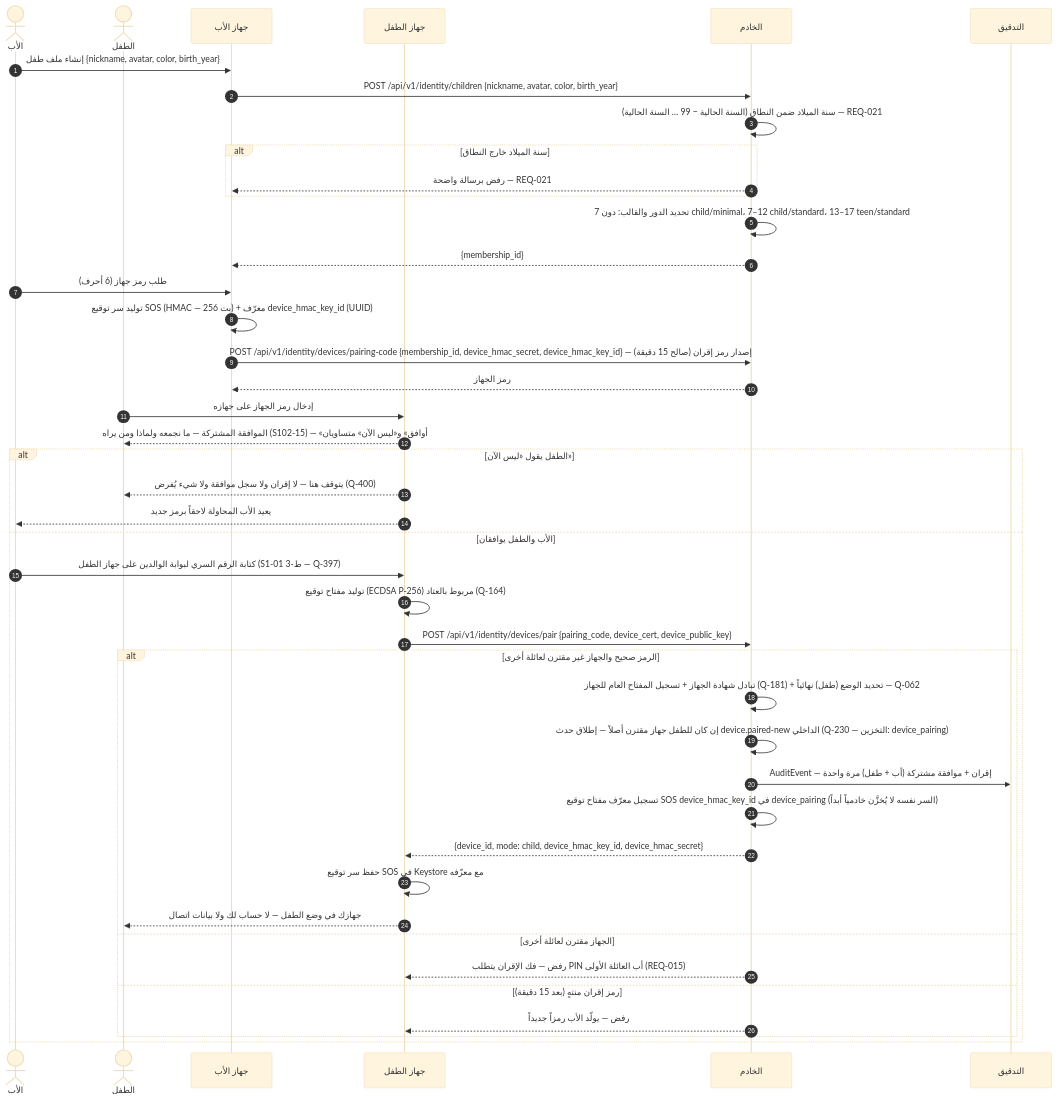
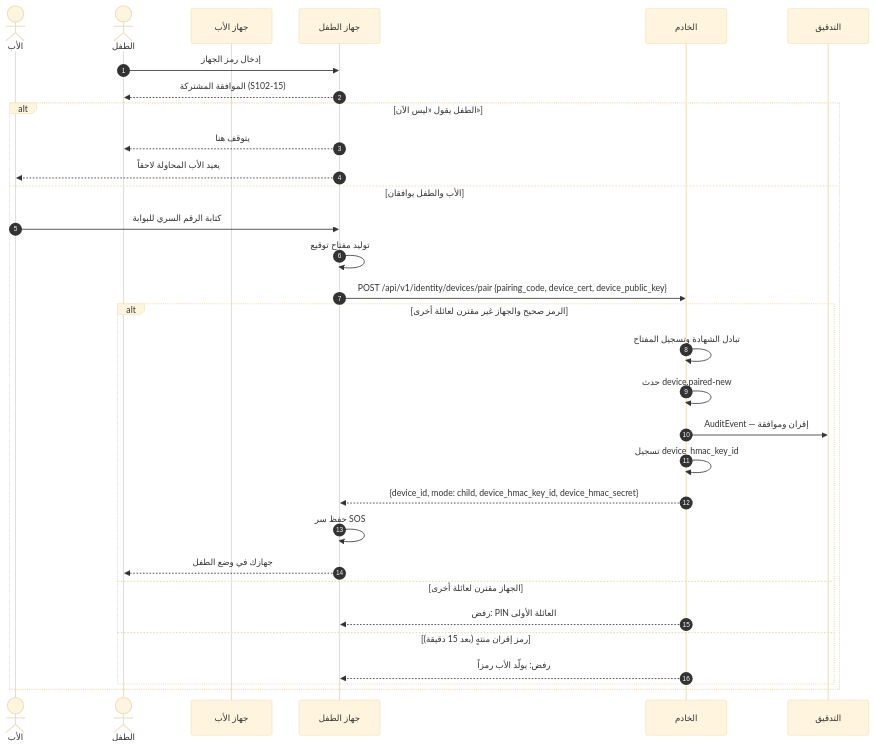
One commit to Bassam-mohammed-alqaeadi/family-os-v2 changed the tenth of 36 diagrams in docs/family-os/governance/phases/phase-1/S1-02-identity-and-onboarding/DIAGRAMS.md. Above: the diagram before and after it, drawn with Mermaid (base theme). The commit also changed other lines of this file, not shown here.

First line of the commit message:
Q-434 S1-02: content (REQ-029/030, Q-425/426/427) + shape (15→36 blocks)

````diff
--- a/docs/family-os/governance/phases/phase-1/S1-02-identity-and-onboarding/DIAGRAMS.md
+++ b/docs/family-os/governance/phases/phase-1/S1-02-identity-and-onboarding/DIAGRAMS.md
@@ -374,45 +468,33 @@
 ```mermaid
 sequenceDiagram
     autonumber
     actor Father as الأب
     actor Child as الطفل
     participant ParentApp as جهاز الأب
     participant ChildApp as جهاز الطفل
     participant Ktor as الخادم
     participant Audit as التدقيق
-    Father->>ParentApp: إنشاء ملف طفل {nickname, avatar, color, birth_year}
-    ParentApp->>Ktor: POST /api/v1/identity/children {nickname, avatar, color, birth_year}
-    Ktor->>Ktor: سنة الميلاد ضمن النطاق (السنة الحالية − 99 … السنة الحالية) — REQ-021
-    alt سنة الميلاد خارج النطاق
-        Ktor-->>ParentApp: رفض برسالة واضحة — REQ-021
-    end
-    Ktor->>Ktor: تحديد الدور والقالب: دون 7 child/minimal، 7–12 child/standard، 13–17 teen/standard
-    Ktor-->>ParentApp: {membership_id}
-    Father->>ParentApp: طلب رمز جهاز (6 أحرف)
-    ParentApp->>ParentApp: توليد سر توقيع SOS (HMAC — 256 بت) + معرّف device_hmac_key_id (UUID)
-    ParentApp->>Ktor: POST /api/v1/identity/devices/pairing-code {membership_id, device_hmac_secret, device_hmac_key_id} — إصدار رمز إقران (صالح 15 دقيقة)
-    Ktor-->>ParentApp: رمز الجهاز
-    Child->>ChildApp: إدخال رمز الجهاز على جهازه
-    ChildApp-->>Child: الموافقة المشتركة — ما نجمعه ولماذا ومن يراه (S102-15) — «أوافق» و«ليس الآن» متساويان
+    Child->>ChildApp: إدخال رمز الجهاز
+    ChildApp-->>Child: الموافقة المشتركة (S102-15)
     alt الطفل يقول «ليس الآن»
-        ChildApp-->>Child: يتوقف هنا — لا إقران ولا سجل موافقة ولا شيء يُفرض (Q-400)
-        ChildApp-->>Father: يعيد الأب المحاولة لاحقاً برمز جديد
+        ChildApp-->>Child: يتوقف هنا
+        ChildApp-->>Father: يعيد الأب المحاولة لاحقاً
     else الأب والطفل يوافقان
-        Father->>ChildApp: كتابة الرقم السري لبوابة الوالدين على جهاز الطفل (S1-01 3-ط — Q-397)
-        ChildApp->>ChildApp: توليد مفتاح توقيع (ECDSA P-256) مربوط بالعتاد (Q-164)
+        Father->>ChildApp: كتابة الرقم السري للبوابة
+        ChildApp->>ChildApp: توليد مفتاح توقيع
         ChildApp->>Ktor: POST /api/v1/identity/devices/pair {pairing_code, device_cert, device_public_key}
         alt الرمز صحيح والجهاز غير مقترن لعائلة أخرى
-            Ktor->>Ktor: تبادل شهادة الجهاز + تسجيل المفتاح العام للجهاز (Q-181) + تحديد الوضع (طفل) نهائياً — Q-062
-            Ktor->>Ktor: إن كان للطفل جهاز مقترن أصلاً — إطلاق حدث device.paired-new الداخلي (Q-230 — التخزين: device_pairing)
-            Ktor->>Audit: AuditEvent — إقران + موافقة مشتركة (أب + طفل) مرة واحدة
-            Ktor->>Ktor: تسجيل معرّف مفتاح توقيع SOS device_hmac_key_id في device_pairing (السر نفسه لا يُخزَّن خادمياً أبداً)
+            Ktor->>Ktor: تبادل الشهادة وتسجيل المفتاح
+            Ktor->>Ktor: حدث device.paired-new
+            Ktor->>Audit: AuditEvent — إقران وموافقة
+            Ktor->>Ktor: تسجيل device_hmac_key_id
             Ktor-->>ChildApp: {device_id, mode: child, device_hmac_key_id, device_hmac_secret}
-            ChildApp->>ChildApp: حفظ سر توقيع SOS في Keystore مع معرّفه
-            ChildApp-->>Child: جهازك في وضع الطفل — لا حساب لك ولا بيانات اتصال
+            ChildApp->>ChildApp: حفظ سر SOS
+            ChildApp-->>Child: جهازك في وضع الطفل
         else الجهاز مقترن لعائلة أخرى
-            Ktor-->>ChildApp: رفض — فك الإقران يتطلب PIN أب العائلة الأولى (REQ-015)
+            Ktor-->>ChildApp: رفض: PIN العائلة الأولى
         else رمز إقران منتهٍ (بعد 15 دقيقة)
-            Ktor-->>ChildApp: رفض — يولّد الأب رمزاً جديداً
+            Ktor-->>ChildApp: رفض: يولّد الأب رمزاً
         end
     end
 ```
````
